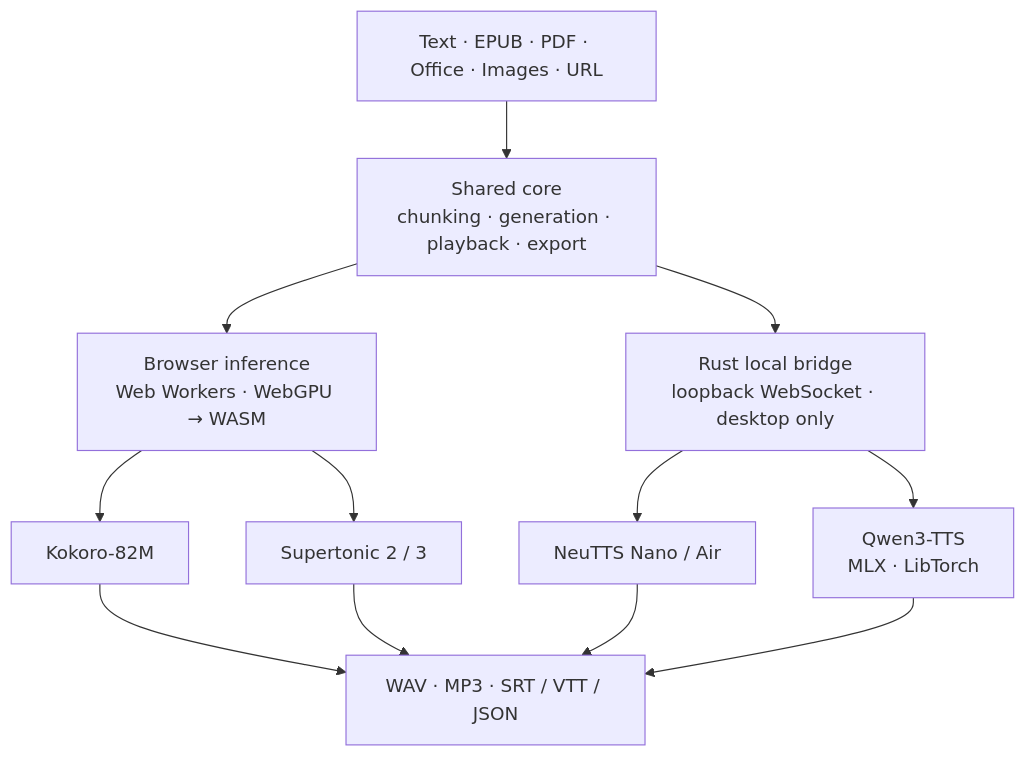
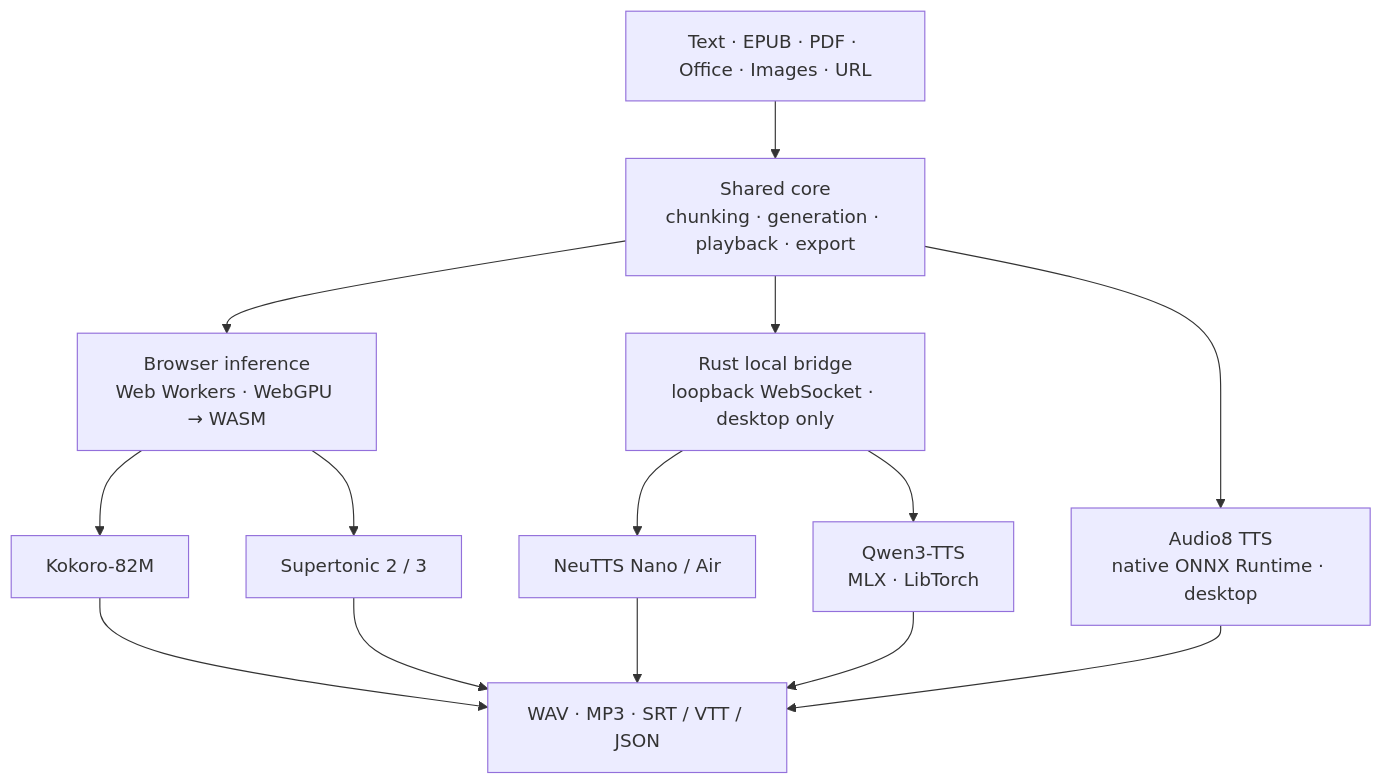
One commit to cyanxxy/Local-TTS-studio changed the diagram in README.md. Above: the diagram before and after it, drawn with Mermaid. The commit also changed other lines of this file and 43 other files, not shown here.

````diff
--- a/README.md
+++ b/README.md
@@ -36,24 +36,27 @@
 ```mermaid
 flowchart TD
     IN["Text · EPUB · PDF · Office · Images · URL"]
     CORE["Shared core<br/>chunking · generation · playback · export"]
     WEB["Browser inference<br/>Web Workers · WebGPU → WASM"]
     BRIDGE["Rust local bridge<br/>loopback WebSocket · desktop only"]
     K["Kokoro-82M"]
     S["Supertonic 2 / 3"]
     N["NeuTTS Nano / Air"]
     Q["Qwen3-TTS<br/>MLX · LibTorch"]
+    A["Audio8 TTS<br/>native ONNX Runtime · desktop"]
     OUT["WAV · MP3 · SRT / VTT / JSON"]
 
     IN --> CORE
     CORE --> WEB
     CORE --> BRIDGE
     WEB --> K
     WEB --> S
+    CORE --> A
     BRIDGE --> N
     BRIDGE --> Q
     K --> OUT
     S --> OUT
     N --> OUT
     Q --> OUT
+    A --> OUT
 ```
````
